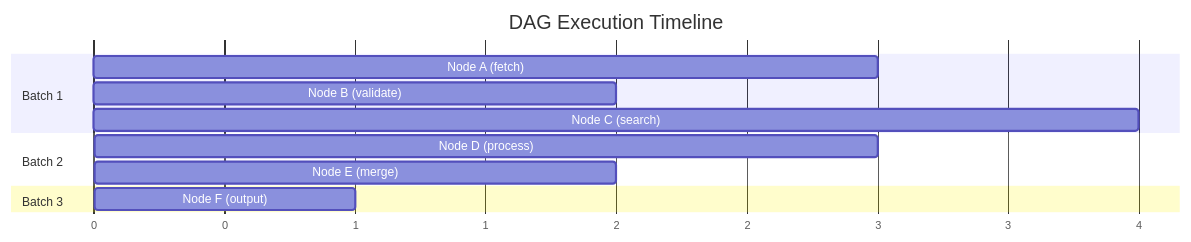
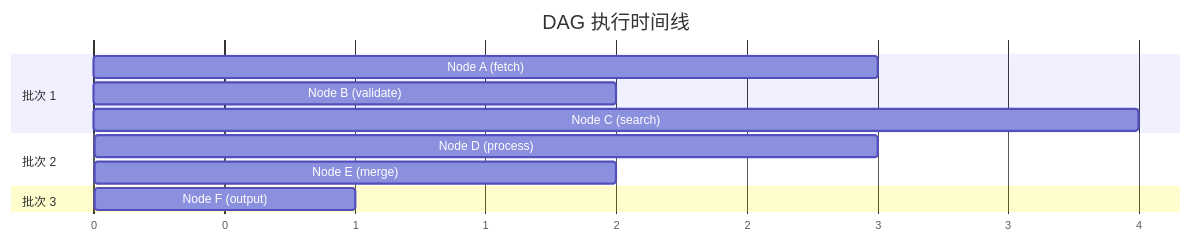
Before and after one commit to zerove/opencodepro: the second of 2 diagrams in book/src/concepts/dag-execution.md, drawn with Mermaid. The commit also changed other lines of this file and 68 other files, not shown here.

````diff
--- a/book/src/concepts/dag-execution.md
+++ b/book/src/concepts/dag-execution.md
@@ -24,18 +24,18 @@
 ```mermaid
 gantt
-    title DAG Execution Timeline
+    title DAG 执行时间线
     dateFormat X
     axisFormat %s
 
-    section Batch 1
+    section 批次 1
     Node A (fetch)    : 0, 3
     Node B (validate) : 0, 2
     Node C (search)   : 0, 4
 
-    section Batch 2
+    section 批次 2
     Node D (process)  : 3, 3
     Node E (merge)    : 4, 2
 
-    section Batch 3
+    section 批次 3
     Node F (output)   : 6, 1
 ```
````
